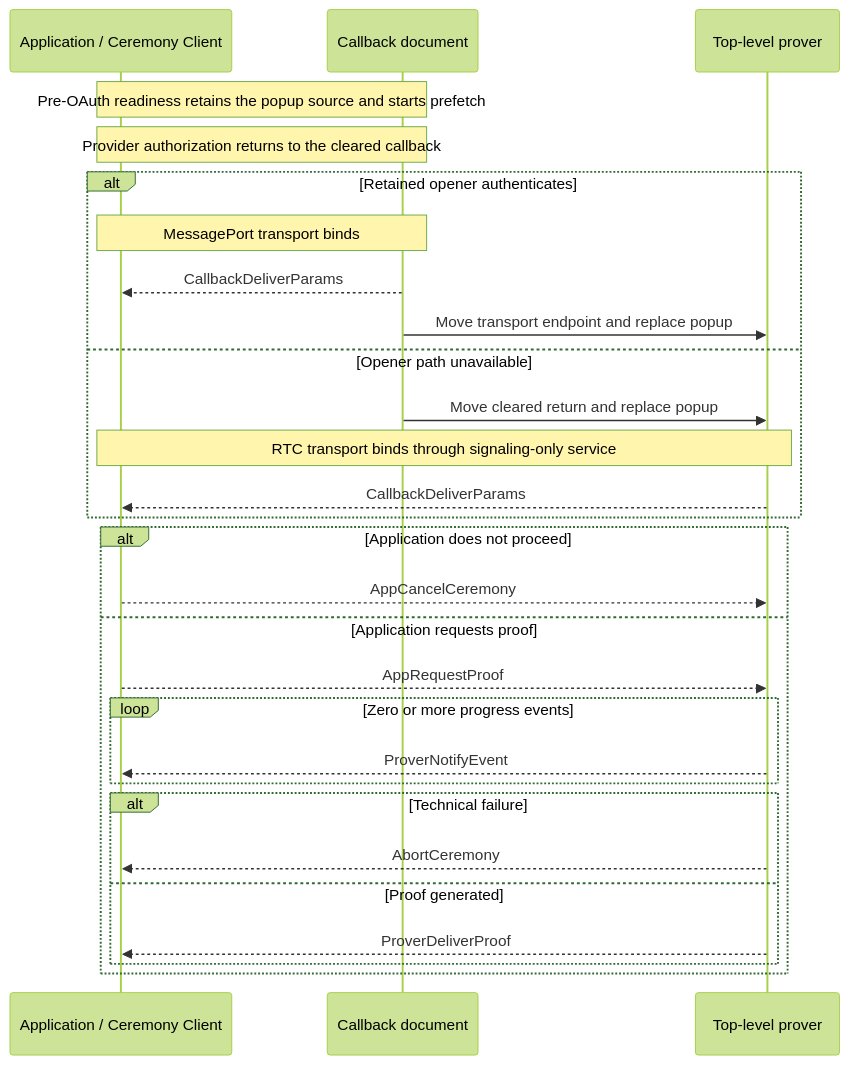
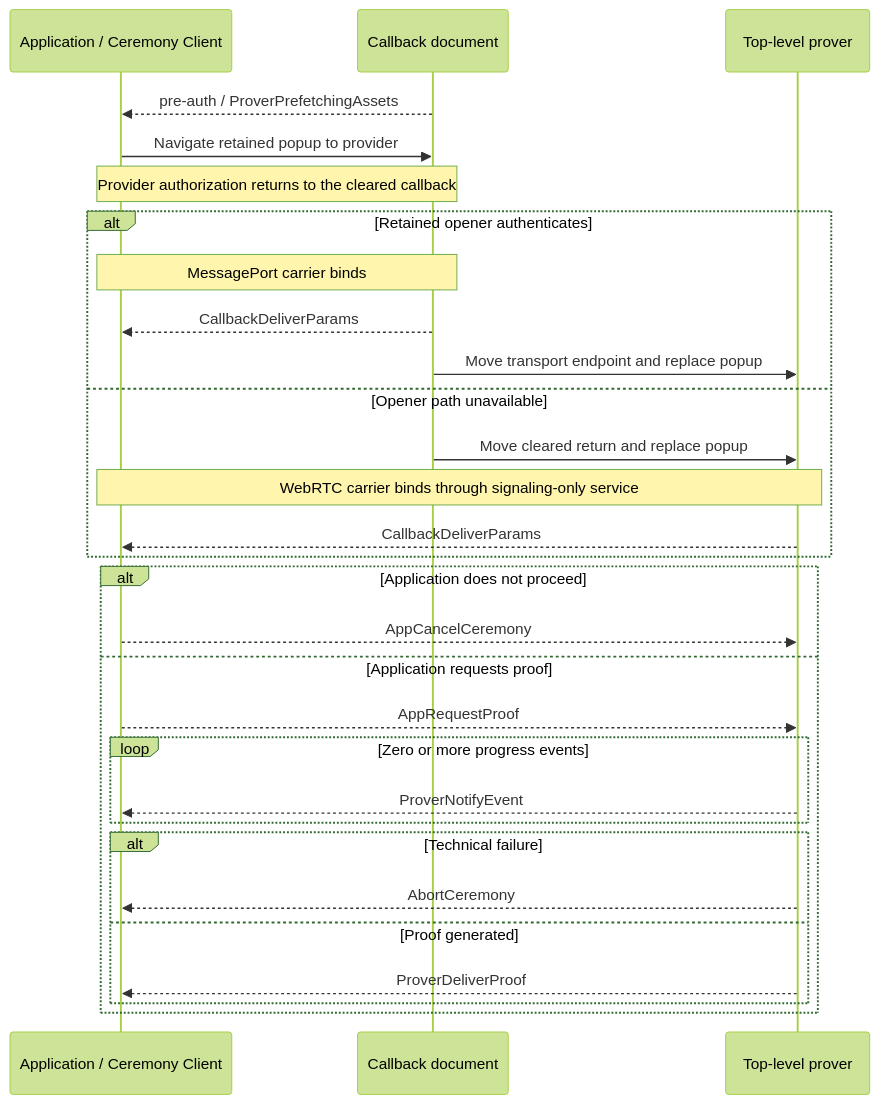
The diagram in ts/packages/ceremony/CCDP.md (libid-org/libid), drawn with Mermaid (forest theme) before and after one commit. The commit also changed other lines of this file and 10 other files, not shown here.

````diff
--- a/ts/packages/ceremony/CCDP.md
+++ b/ts/packages/ceremony/CCDP.md
@@ -350,31 +213,32 @@
 ```mermaid
 sequenceDiagram
     participant A as Application / Ceremony Client
     participant C as Callback document
     participant P as Top-level prover
 
-    Note over A,C: Pre-OAuth readiness retains the popup source and starts prefetch
+    C-->>A: pre-auth / ProverPrefetchingAssets
+    A->>C: Navigate retained popup to provider
     Note over A,C: Provider authorization returns to the cleared callback
     alt Retained opener authenticates
-        Note over A,C: MessagePort transport binds
+        Note over A,C: MessagePort carrier binds
         C-->>A: CallbackDeliverParams
         C->>P: Move transport endpoint and replace popup
     else Opener path unavailable
         C->>P: Move cleared return and replace popup
-        Note over A,P: RTC transport binds through signaling-only service
+        Note over A,P: WebRTC carrier binds through signaling-only service
         P-->>A: CallbackDeliverParams
     end
     alt Application does not proceed
         A-->>P: AppCancelCeremony
     else Application requests proof
         A-->>P: AppRequestProof
         loop Zero or more progress events
             P-->>A: ProverNotifyEvent
         end
         alt Technical failure
             P-->>A: AbortCeremony
         else Proof generated
             P-->>A: ProverDeliverProof
         end
     end
 ```
````
